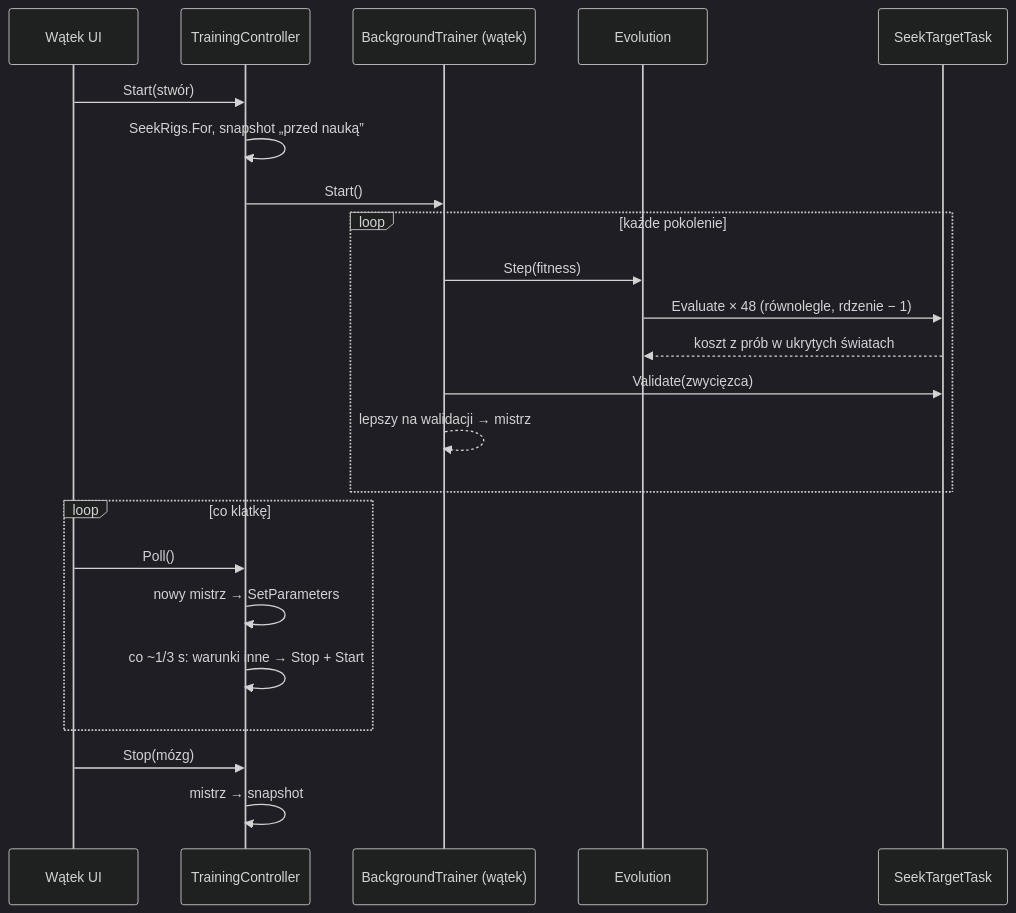
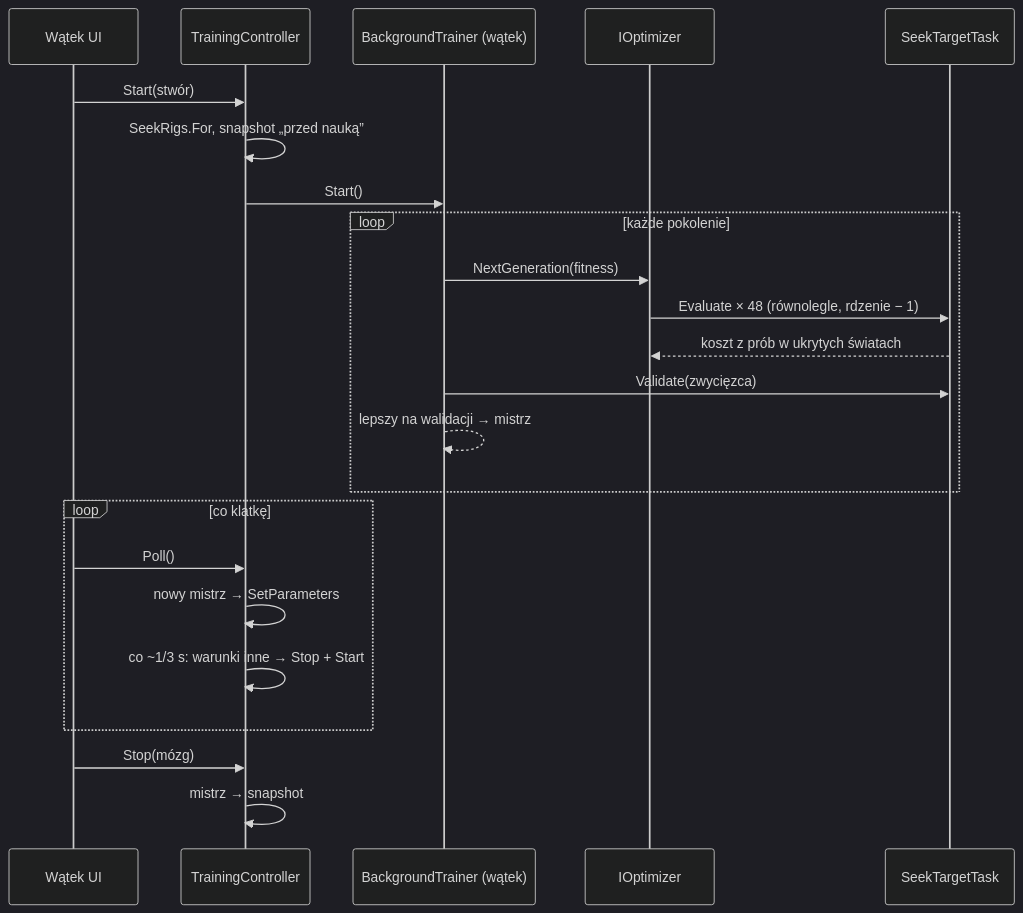
Diagram 13 of 15 in docs/mapa-kodu.md (Logos7/Animata), drawn with Mermaid (dark theme) before and after one commit. The commit also changed other lines of this file and 35 other files, not shown here.

````diff
--- a/docs/mapa-kodu.md
+++ b/docs/mapa-kodu.md
@@ -1010,25 +1029,25 @@
 ```mermaid
 sequenceDiagram
   participant UI as Wątek UI
   participant TC as TrainingController
   participant BT as BackgroundTrainer (wątek)
-  participant EV as Evolution
+  participant EV as IOptimizer
   participant ST as SeekTargetTask
   UI->>TC: Start(stwór)
   TC->>TC: SeekRigs.For, snapshot „przed nauką”
   TC->>BT: Start()
   loop każde pokolenie
-    BT->>EV: Step(fitness)
+    BT->>EV: NextGeneration(fitness)
     EV->>ST: Evaluate × 48 (równolegle, rdzenie − 1)
     ST-->>EV: koszt z prób w ukrytych światach
     BT->>ST: Validate(zwycięzca)
     BT-->>BT: lepszy na walidacji → mistrz
   end
   loop co klatkę
     UI->>TC: Poll()
     TC->>TC: nowy mistrz → SetParameters
     TC->>TC: co ~1/3 s: warunki inne → Stop + Start
   end
   UI->>TC: Stop(mózg)
   TC->>TC: mistrz → snapshot
 ```
````
